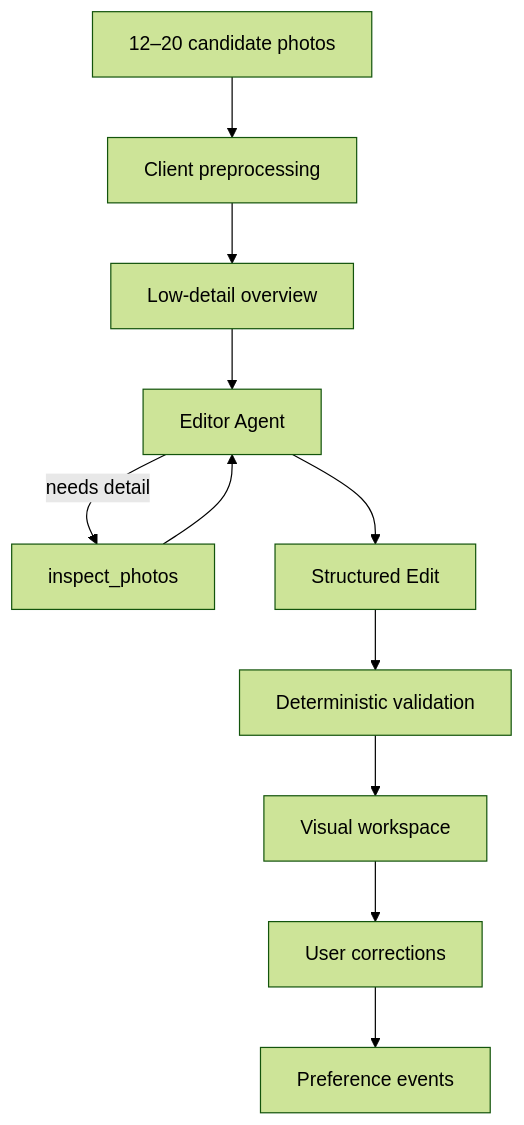
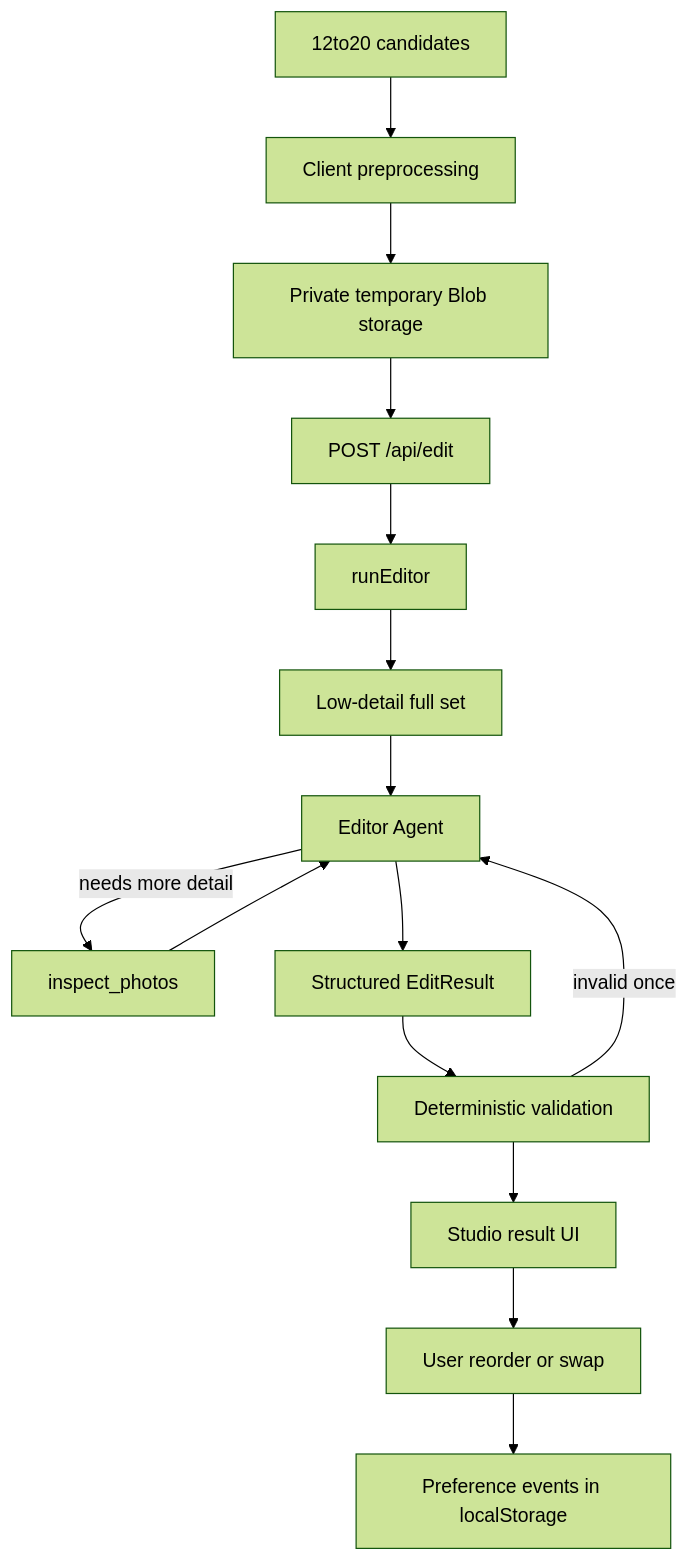
One commit to ely808chen/edit changed the diagram in README.md. Above: the diagram before and after it, drawn with Mermaid (forest theme). The commit also changed other lines of this file, not shown here.

````diff
--- a/README.md
+++ b/README.md
@@ -30,15 +97,17 @@
 ```mermaid
 flowchart TD
-  A[12–20 candidate photos] --> B[Client preprocessing]
-  B --> C[Low-detail overview]
-  C --> D[Editor Agent]
-
-  D -->|needs detail| E[inspect_photos]
-  E --> D
-
-  D --> F[Structured Edit]
-  F --> G[Deterministic validation]
-  G --> H[Visual workspace]
-  H --> I[User corrections]
-  I --> J[Preference events]
+  A[12to20 candidates] --> B[Client preprocessing]
+  B --> C[Private temporary Blob storage]
+  C --> D[POST /api/edit]
+  D --> E[runEditor]
+  E --> F[Low-detail full set]
+  F --> G[Editor Agent]
+  G -->|needs more detail| H[inspect_photos]
+  H --> G
+  G --> I[Structured EditResult]
+  I --> J[Deterministic validation]
+  J -->|invalid once| G
+  J --> K[Studio result UI]
+  K --> L[User reorder or swap]
+  L --> M[Preference events in localStorage]
 ```
````
